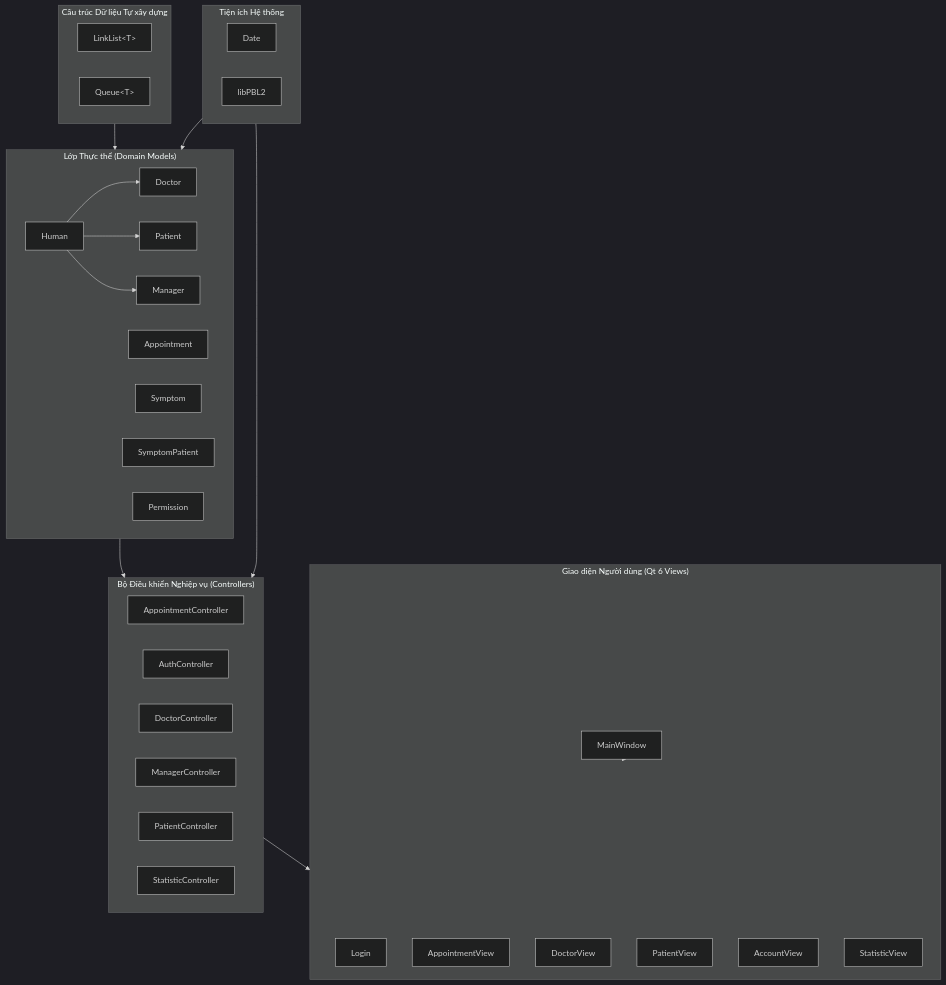
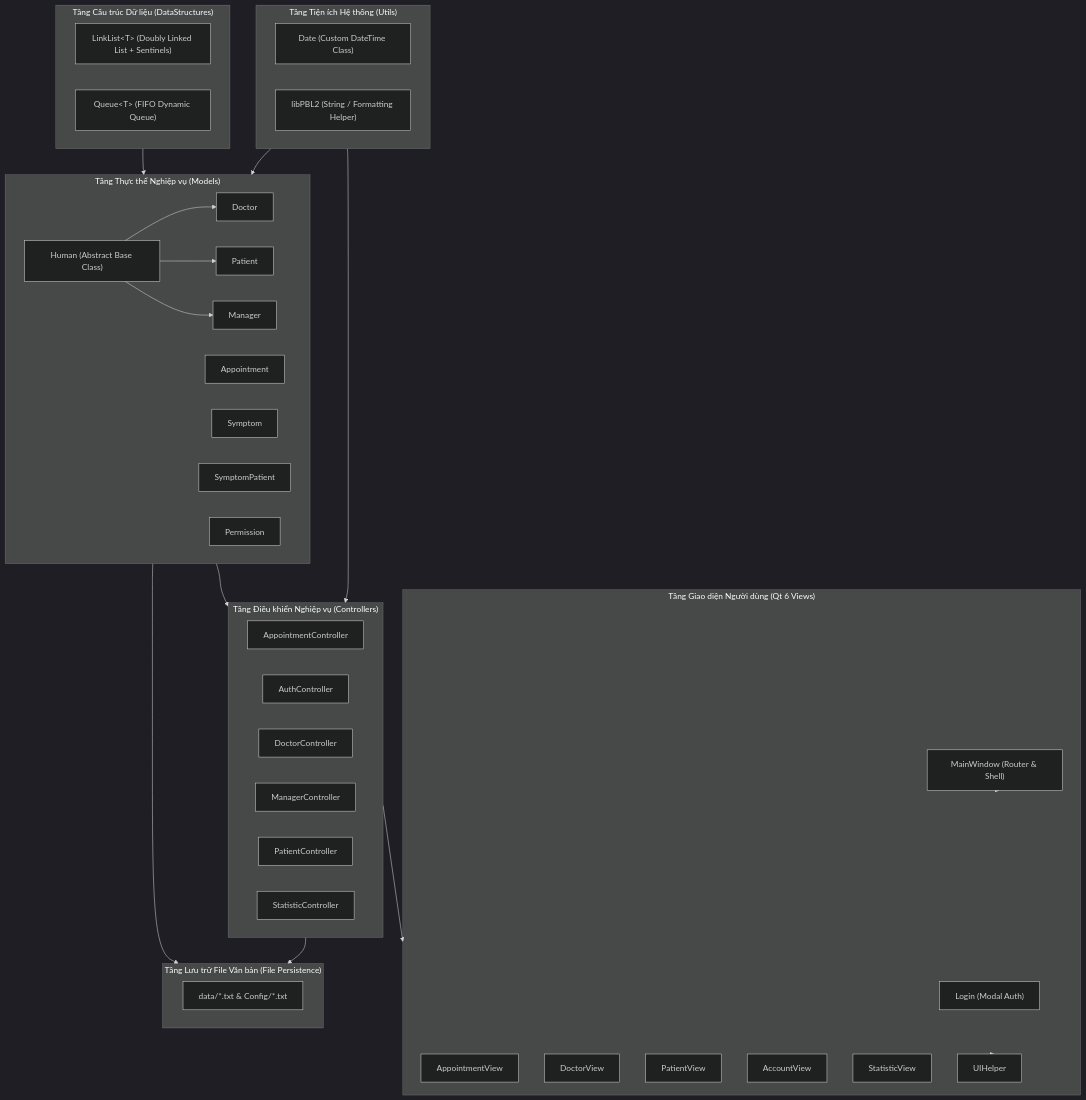
One commit to LeHuuHoang-26/pbl2test changed the first of 3 diagrams in funtionAlgorithms.md. Above: the diagram before and after it, drawn with Mermaid (dark theme). The commit also changed other lines of this file and 7 other files, not shown here.

````diff
--- a/funtionAlgorithms.md
+++ b/funtionAlgorithms.md
@@ -46,52 +61,60 @@
 ```mermaid
 graph TD
-    subgraph DataStructures["Cấu trúc Dữ liệu Tự xây dựng"]
-        LL["LinkList&lt;T&gt;"]
-        Q["Queue&lt;T&gt;"]
+    subgraph Layer_DS["Tầng Cấu trúc Dữ liệu (DataStructures)"]
+        LL["LinkList&lt;T&gt; (Doubly Linked List + Sentinels)"]
+        Q["Queue&lt;T&gt; (FIFO Dynamic Queue)"]
     end
 
-    subgraph Models["Lớp Thực thể (Domain Models)"]
-        H["Human"]
+    subgraph Layer_Models["Tầng Thực thể Nghiệp vụ (Models)"]
+        H["Human (Abstract Base Class)"]
         D["Doctor"]
         P["Patient"]
         M["Manager"]
         A["Appointment"]
         S["Symptom"]
         SP["SymptomPatient"]
         PM["Permission"]
     end
 
-    subgraph Controllers["Bộ Điều khiển Nghiệp vụ (Controllers)"]
+    subgraph Layer_Controllers["Tầng Điều khiển Nghiệp vụ (Controllers)"]
         AC["AppointmentController"]
         AUC["AuthController"]
         DC["DoctorController"]
         MC["ManagerController"]
         PC["PatientController"]
         SC["StatisticController"]
     end
 
-    subgraph Views["Giao diện Người dùng (Qt 6 Views)"]
-        MW["MainWindow"]
-        LV["Login"]
+    subgraph Layer_Views["Tầng Giao diện Người dùng (Qt 6 Views)"]
+        MW["MainWindow (Router & Shell)"]
+        LV["Login (Modal Auth)"]
         AV["AppointmentView"]
         DV["DoctorView"]
         PV["PatientView"]
         AcV["AccountView"]
         SV["StatisticView"]
+        UIH["UIHelper"]
     end
 
-    subgraph Utils["Tiện ích Hệ thống"]
-        DT["Date"]
-        LP["libPBL2"]
+    subgraph Layer_Utils["Tầng Tiện ích Hệ thống (Utils)"]
+        DT["Date (Custom DateTime Class)"]
+        LP["libPBL2 (String / Formatting Helper)"]
+    end
+
+    subgraph Layer_Storage["Tầng Lưu trữ File Văn bản (File Persistence)"]
+        DATA["data/*.txt & Config/*.txt"]
     end
 
     H --> D
     H --> P
     H --> M
-    DataStructures --> Models
-    Models --> Controllers
-    Utils --> Models
-    Utils --> Controllers
-    Controllers --> Views
-    MW --> Views
+    Layer_DS --> Layer_Models
+    Layer_Models --> Layer_Controllers
+    Layer_Utils --> Layer_Models
+    Layer_Utils --> Layer_Controllers
+    Layer_Controllers --> Layer_Views
+    Layer_Views --> UIH
+    MW --> Layer_Views
+    Layer_Models --> Layer_Storage
+    Layer_Controllers --> Layer_Storage
 ```
````
